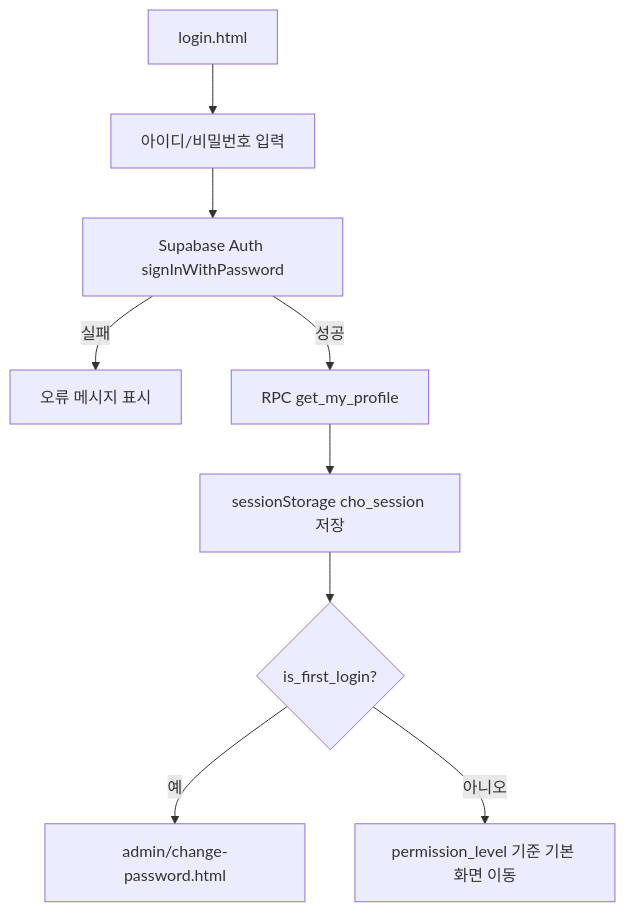
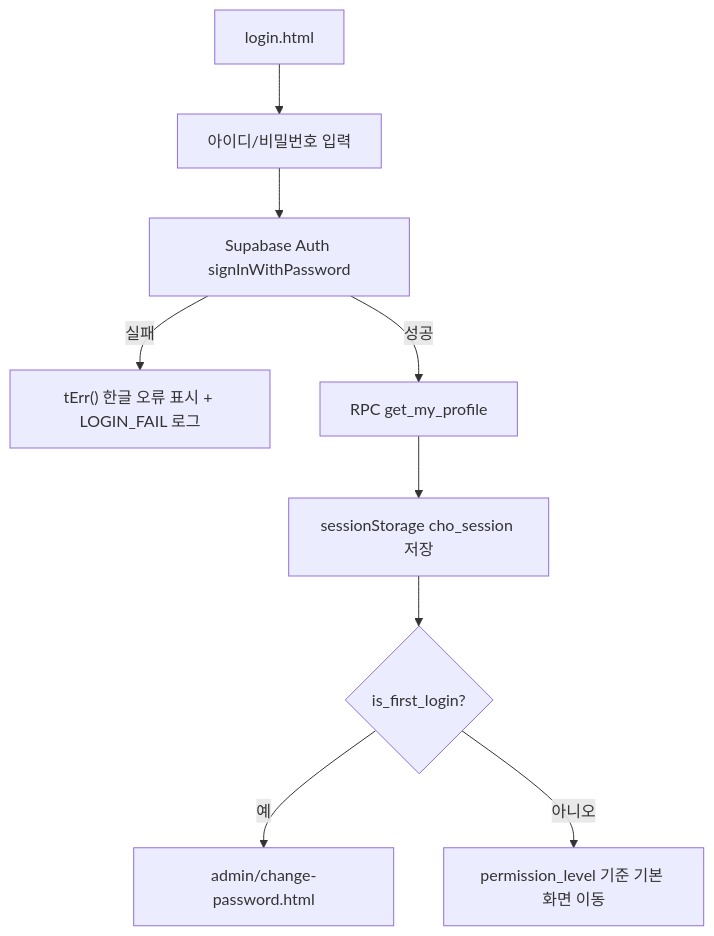
The second of 6 diagrams in README.md (CHO-Talents/CHO-Talents), drawn with Mermaid before and after one commit. The commit also changed other lines of this file and 2 other files, not shown here.

````diff
--- a/README.md
+++ b/README.md
@@ -179,11 +184,11 @@
 ```mermaid
 flowchart TD
   Start["login.html"] --> Input["아이디/비밀번호 입력"]
   Input --> Auth["Supabase Auth signInWithPassword"]
-  Auth -->|실패| Fail["오류 메시지 표시"]
+  Auth -->|실패| Fail["tErr() 한글 오류 표시 + LOGIN_FAIL 로그"]
   Auth -->|성공| Profile["RPC get_my_profile"]
   Profile --> Session["sessionStorage cho_session 저장"]
   Session --> First{"is_first_login?"}
   First -->|예| Change["admin/change-password.html"]
   First -->|아니오| Role["permission_level 기준 기본 화면 이동"]
 ```
````
